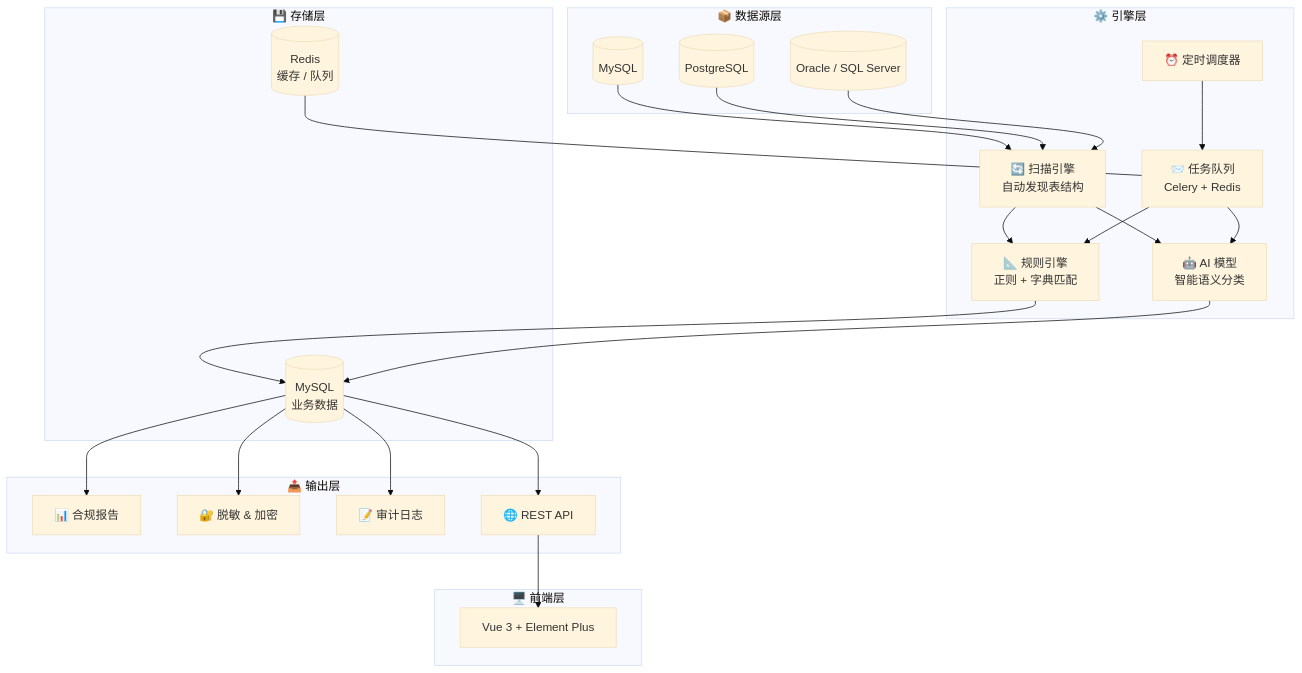
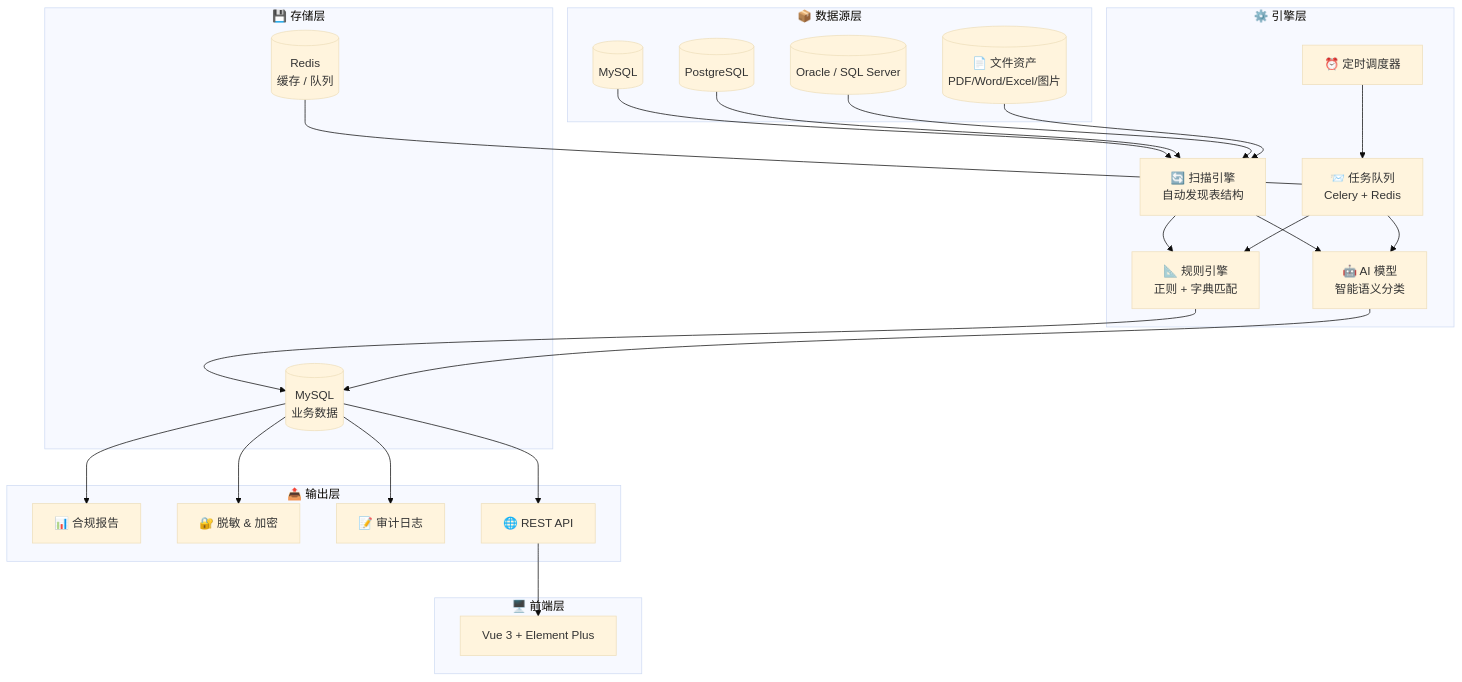
The diagram in README.md (HaoY-l/mdcgs), drawn with Mermaid (base theme) before and after one commit. The commit also changed other lines of this file and 6 other files, not shown here.

````diff
--- a/README.md
+++ b/README.md
@@ -37,40 +37,42 @@
 ```mermaid
 flowchart TB
     subgraph Input["📦 数据源层"]
         DB1[("MySQL")]
         DB2[("PostgreSQL")]
         DB3[("Oracle / SQL Server")]
+        Files[("📄 文件资产<br/>PDF/Word/Excel/图片")]
     end
 
     subgraph Engine["⚙️ 引擎层"]
         Scan["🔄 扫描引擎<br/>自动发现表结构"]
         Rule["📐 规则引擎<br/>正则 + 字典匹配"]
         AI["🤖 AI 模型<br/>智能语义分类"]
         Scheduler["⏰ 定时调度器"]
         Queue["📨 任务队列<br/>Celery + Redis"]
     end
 
     subgraph Storage["💾 存储层"]
         MySQL[("MySQL<br/>业务数据")]
         Redis[("Redis<br/>缓存 / 队列")]
     end
 
     subgraph Output["📤 输出层"]
         Report["📊 合规报告"]
         Mask["🔐 脱敏 & 加密"]
         Audit["📝 审计日志"]
         API["🌐 REST API"]
     end
 
     subgraph Frontend["🖥️ 前端层"]
         Vue["Vue 3 + Element Plus"]
     end
 
     DB1 & DB2 & DB3 --> Scan
+    Files --> Scan
     Scan --> Rule & AI
     Rule & AI --> MySQL
     Scheduler --> Queue --> Rule & AI
     MySQL --> Report & Mask & Audit & API
     Redis --- Queue
     API --> Vue
 ```
````
